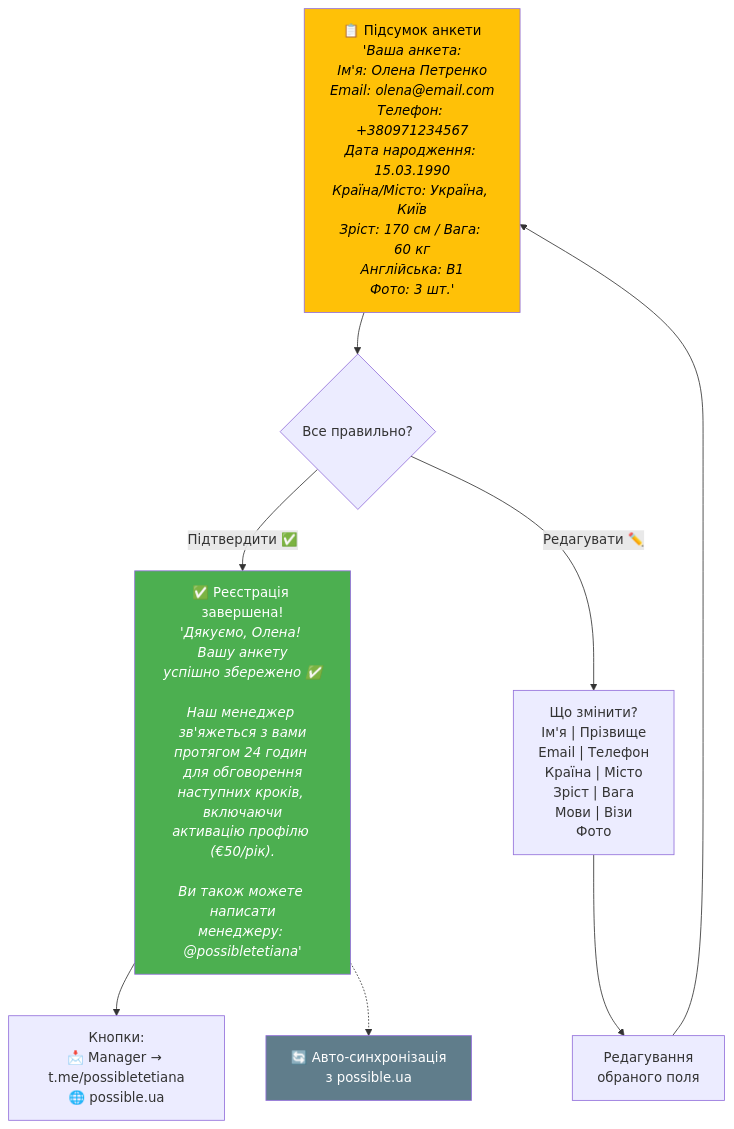
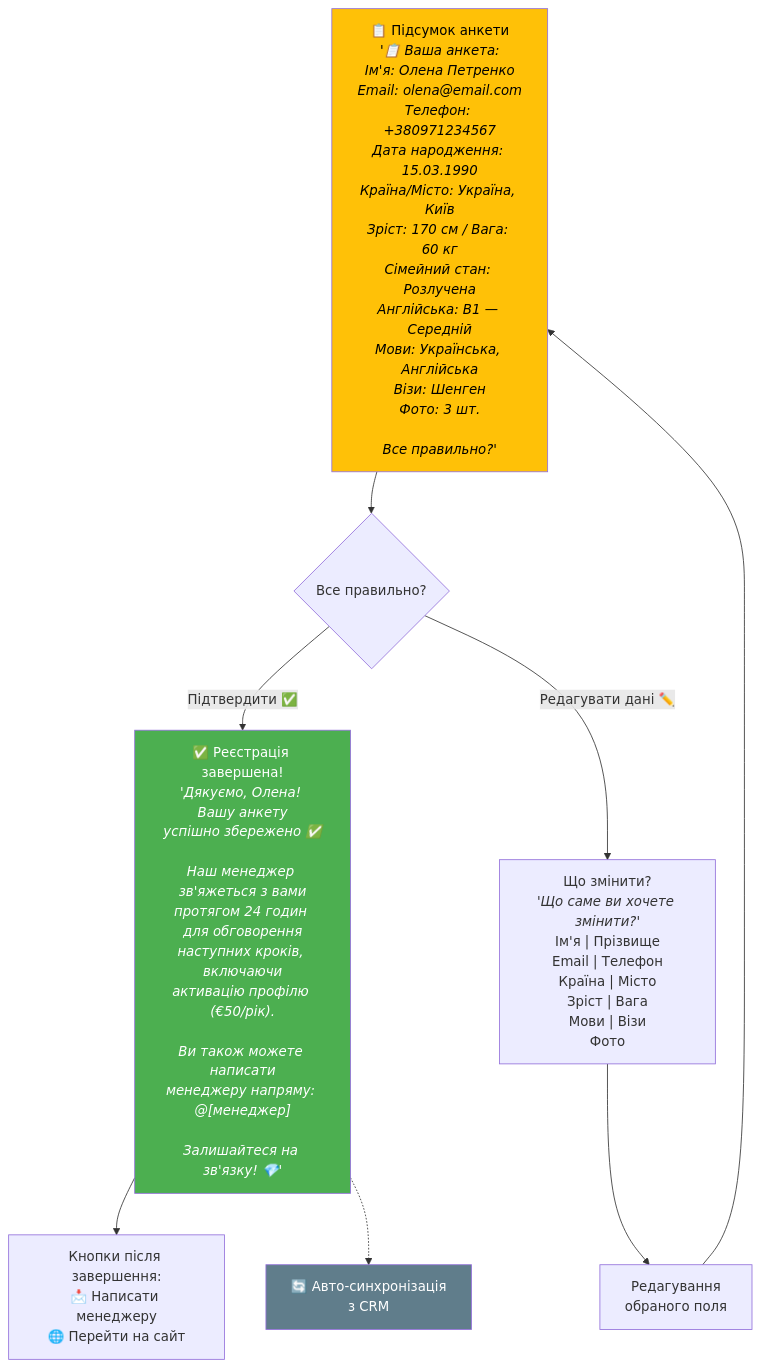
Before and after one commit to sergeytkachenko/tbot: the fourth of 9 diagrams in README.md, drawn with Mermaid. The commit also changed other lines of this file, not shown here.

````diff
--- a/README.md
+++ b/README.md
@@ -145,22 +150,22 @@
 ```mermaid
 flowchart TD
-    SUMMARY["📋 Підсумок анкети<br/><i>'Ваша анкета:<br/>Ім'я: Олена Петренко<br/>Email: olena@email.com<br/>Телефон: +380971234567<br/>Дата народження: 15.03.1990<br/>Країна/Місто: Україна, Київ<br/>Зріст: 170 см / Вага: 60 кг<br/>Англійська: B1<br/>Фото: 3 шт.'</i>"]
+    SUMMARY["📋 Підсумок анкети<br/><i>'📋 Ваша анкета:<br/>Ім'я: Олена Петренко<br/>Email: olena@email.com<br/>Телефон: +380971234567<br/>Дата народження: 15.03.1990<br/>Країна/Місто: Україна, Київ<br/>Зріст: 170 см / Вага: 60 кг<br/>Сімейний стан: Розлучена<br/>Англійська: B1 — Середній<br/>Мови: Українська, Англійська<br/>Візи: Шенген<br/>Фото: 3 шт.<br/><br/>Все правильно?'</i>"]
 
     SUMMARY --> CHOICE{Все правильно?}
 
     CHOICE -- "Підтвердити ✅" --> COMPLETED
 
-    CHOICE -- "Редагувати ✏️" --> EDIT_MENU["Що змінити?<br/>Ім'я | Прізвище<br/>Email | Телефон<br/>Країна | Місто<br/>Зріст | Вага<br/>Мови | Візи<br/>Фото"]
+    CHOICE -- "Редагувати дані ✏️" --> EDIT_MENU["Що змінити?<br/><i>'Що саме ви хочете змінити?'</i><br/>Ім'я | Прізвище<br/>Email | Телефон<br/>Країна | Місто<br/>Зріст | Вага<br/>Мови | Візи<br/>Фото"]
 
     EDIT_MENU --> EDIT_FIELD["Редагування<br/>обраного поля"] --> SUMMARY
 
-    COMPLETED["✅ Реєстрація завершена!<br/><i>'Дякуємо, Олена! Вашу анкету<br/>успішно збережено ✅<br/><br/>Наш менеджер зв'яжеться з вами<br/>протягом 24 годин для обговорення<br/>наступних кроків, включаючи<br/>активацію профілю (€50/рік).<br/><br/>Ви також можете написати<br/>менеджеру: @possibletetiana'</i>"]
+    COMPLETED["✅ Реєстрація завершена!<br/><i>'Дякуємо, Олена! Вашу анкету<br/>успішно збережено ✅<br/><br/>Наш менеджер зв'яжеться з вами<br/>протягом 24 годин для обговорення<br/>наступних кроків, включаючи<br/>активацію профілю (€50/рік).<br/><br/>Ви також можете написати<br/>менеджеру напряму: @[менеджер]<br/><br/>Залишайтеся на зв'язку! 💎'</i>"]
 
-    COMPLETED --> BUTTONS["Кнопки:<br/>📩 Manager → t.me/possibletetiana<br/>🌐 possible.ua"]
+    COMPLETED --> BUTTONS["Кнопки після завершення:<br/>📩 Написати менеджеру<br/>🌐 Перейти на сайт"]
 
-    COMPLETED -.-> SYNC["🔄 Авто-синхронізація<br/>з possible.ua"]
+    COMPLETED -.-> SYNC["🔄 Авто-синхронізація<br/>з CRM"]
 
     style SUMMARY fill:#FFC107,color:#000
     style COMPLETED fill:#4CAF50,color:#fff
     style SYNC fill:#607D8B,color:#fff
 ```
````
